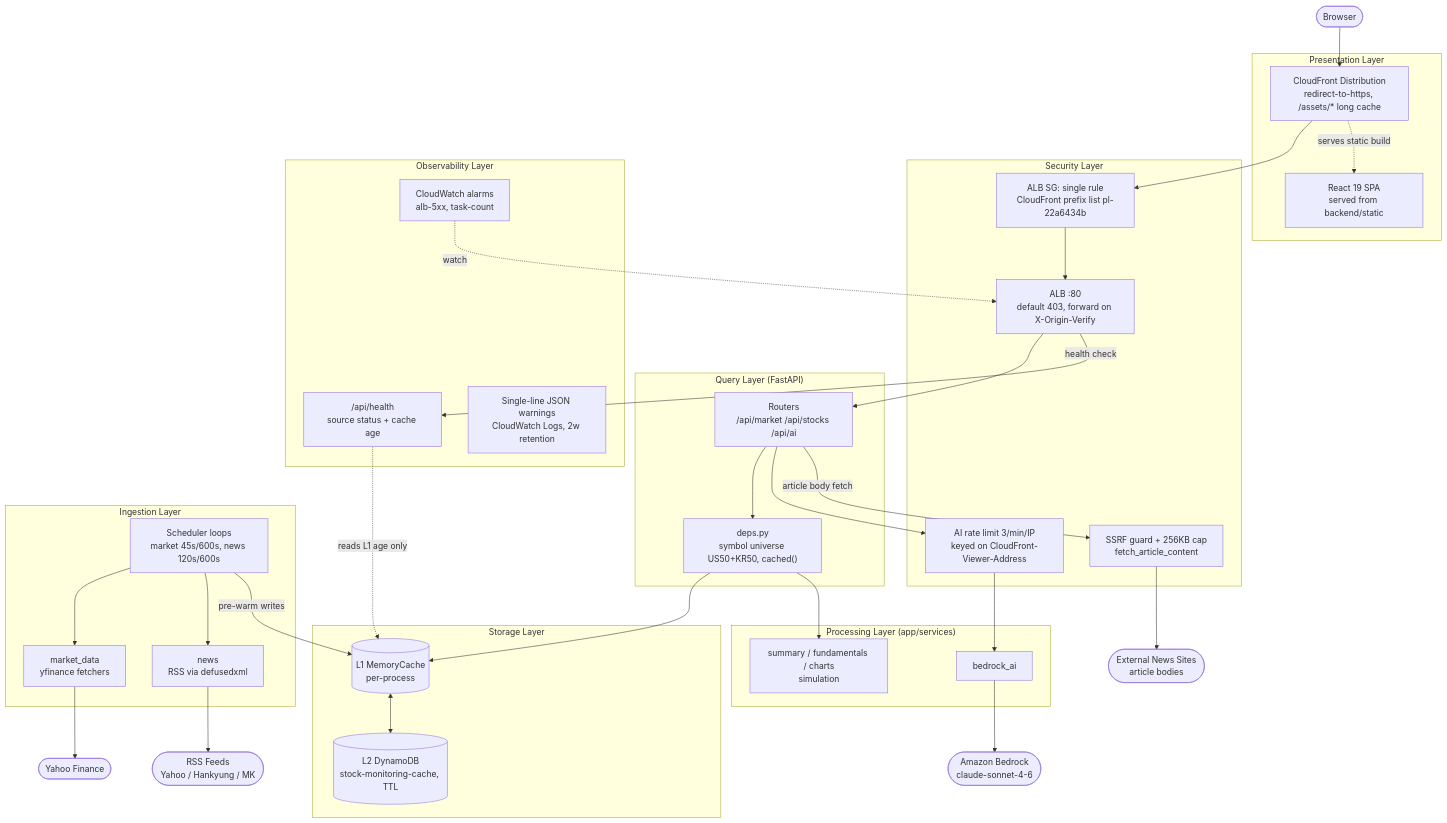
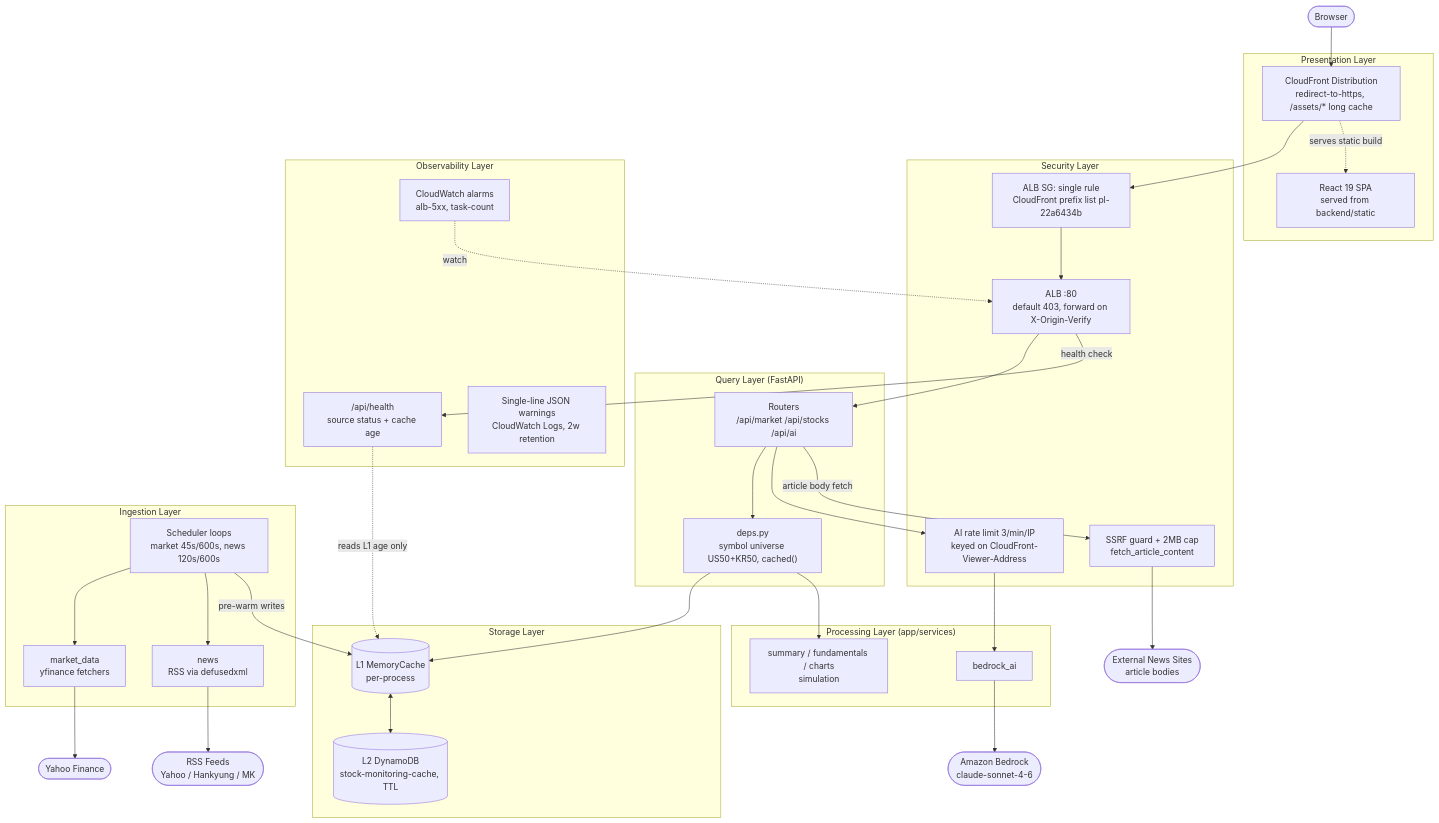
One commit to whchoi98/stock-monitoring changed the first of 4 diagrams in docs/architecture.md. Above: the diagram before and after it, drawn with Mermaid. The commit also changed other lines of this file and 17 other files, not shown here.

````diff
--- a/docs/architecture.md
+++ b/docs/architecture.md
@@ -65,63 +65,63 @@
 ```mermaid
 flowchart TB
   browser([Browser])
   yahoo([Yahoo Finance])
   feeds([RSS Feeds<br/>Yahoo / Hankyung / MK])
   press([External News Sites<br/>article bodies])
   bedrock([Amazon Bedrock<br/>claude-sonnet-4-6])
 
   subgraph presentation["Presentation Layer"]
     cf["CloudFront Distribution<br/>redirect-to-https, /assets/* long cache"]
     spa["React 19 SPA<br/>served from backend/static"]
   end
 
   subgraph security["Security Layer"]
     sg["ALB SG: single rule<br/>CloudFront prefix list pl-22a6434b"]
     alb["ALB :80<br/>default 403, forward on X-Origin-Verify"]
     rl["AI rate limit 3/min/IP<br/>keyed on CloudFront-Viewer-Address"]
-    ssrf["SSRF guard + 256KB cap<br/>fetch_article_content"]
+    ssrf["SSRF guard + 2MB cap<br/>fetch_article_content"]
   end
 
   subgraph query["Query Layer (FastAPI)"]
     routes["Routers<br/>/api/market /api/stocks /api/ai"]
     deps["deps.py<br/>symbol universe US50+KR50, cached()"]
   end
 
   subgraph processing["Processing Layer (app/services)"]
     svc["summary / fundamentals / charts<br/>simulation"]
     aisvc["bedrock_ai"]
   end
 
   subgraph storage["Storage Layer"]
     l1[("L1 MemoryCache<br/>per-process")]
     l2[("L2 DynamoDB<br/>stock-monitoring-cache, TTL")]
   end
 
   subgraph ingestion["Ingestion Layer"]
     sched["Scheduler loops<br/>market 45s/600s, news 120s/600s"]
     md["market_data<br/>yfinance fetchers"]
     newssvc["news<br/>RSS via defusedxml"]
   end
 
   subgraph observability["Observability Layer"]
     health["/api/health<br/>source status + cache age"]
     alarms["CloudWatch alarms<br/>alb-5xx, task-count"]
     logs["Single-line JSON warnings<br/>CloudWatch Logs, 2w retention"]
   end
 
   browser --> cf
   cf --> sg --> alb --> routes
   cf -. "serves static build" .-> spa
   routes --> deps
   deps --> l1
   l1 <--> l2
   deps --> svc
   routes --> rl --> aisvc --> bedrock
   routes -- "article body fetch" --> ssrf --> press
   sched --> md --> yahoo
   sched --> newssvc --> feeds
   sched -- "pre-warm writes" --> l1
   alb -- "health check" --> health
   health -. "reads L1 age only" .-> l1
   alarms -. "watch" .-> alb
 ```
````
